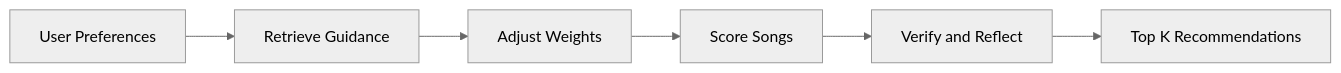
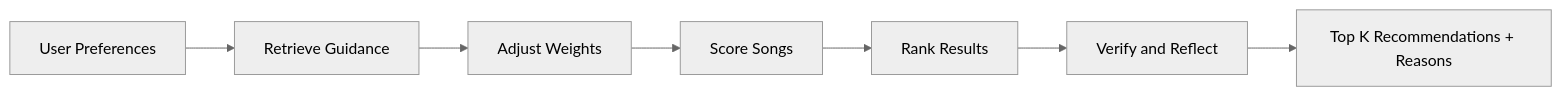
Before and after one commit to xiajieou/applied-ai-system-project: the second of 2 diagrams in README.md, drawn with Mermaid (neutral theme). The commit also changed other lines of this file and 1 other file, not shown here.

````diff
--- a/README.md
+++ b/README.md
@@ -45,8 +55,9 @@
 ```mermaid
 flowchart LR
   A[User Preferences] --> B[Retrieve Guidance]
   B --> C[Adjust Weights]
   C --> D[Score Songs]
-  D --> E[Verify and Reflect]
-  E --> F[Top K Recommendations]
+  D --> E[Rank Results]
+  E --> F[Verify and Reflect]
+  F --> G[Top K Recommendations + Reasons]
 ```
````
